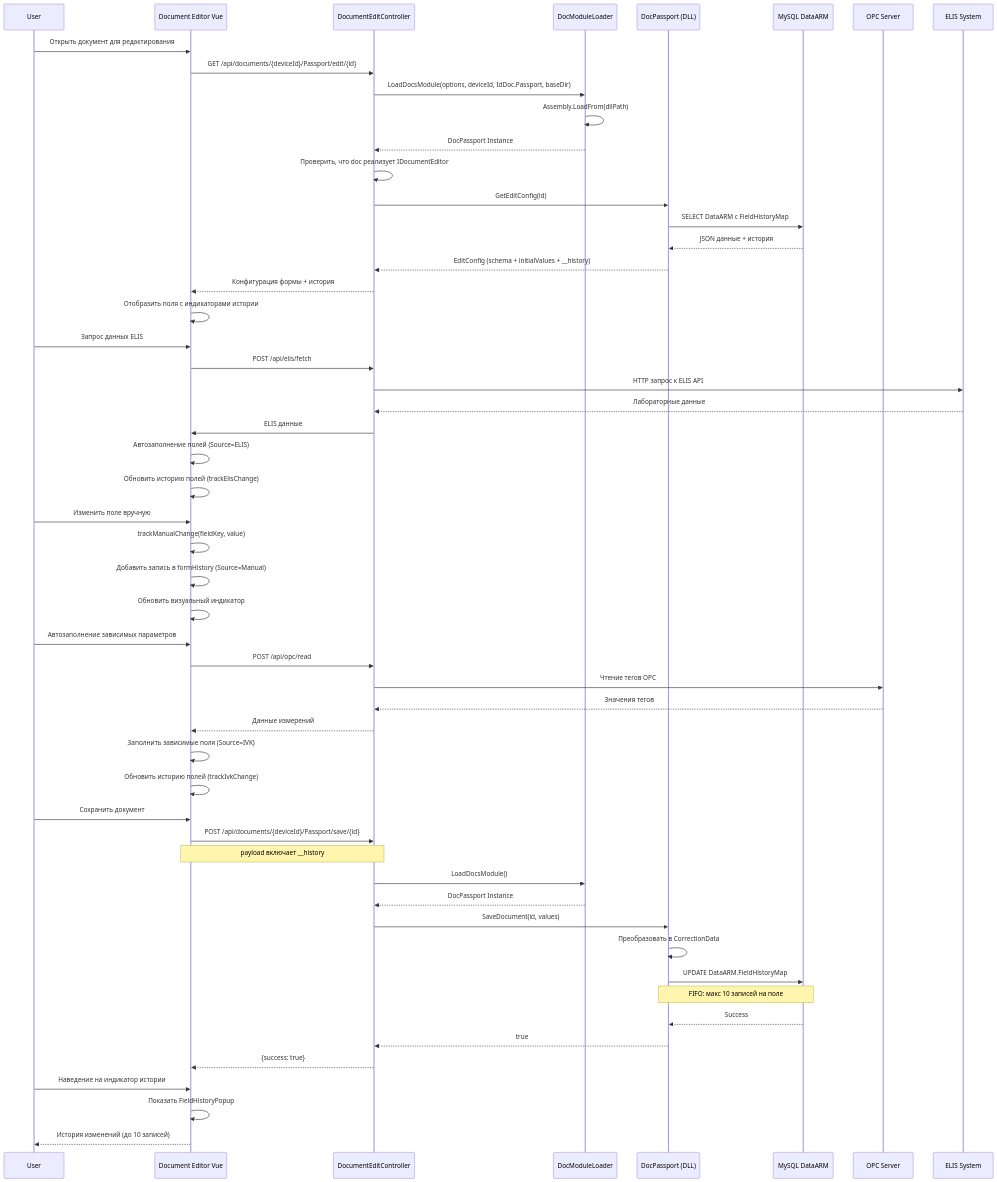
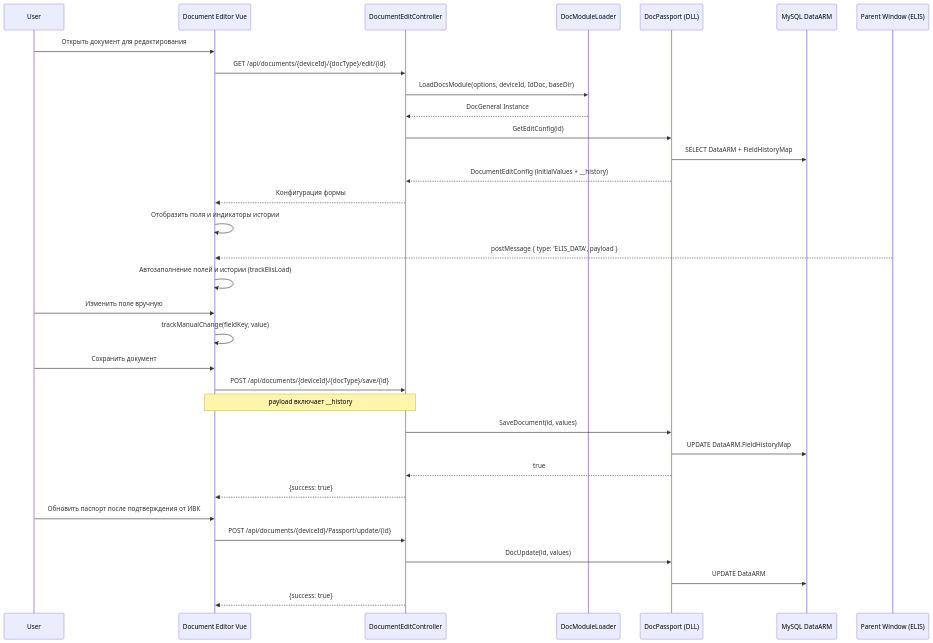
The ninth of 18 diagrams in docs/architecture/overview.md (tn-ivk/tn-doc), drawn with Mermaid before and after one commit. The commit also changed other lines of this file and 15 other files, not shown here.

````diff
--- a/docs/architecture/overview.md
+++ b/docs/architecture/overview.md
@@ -413,63 +412,41 @@
 ```mermaid
 sequenceDiagram
     participant User
     participant Editor as Document Editor Vue
     participant API as DocumentEditController
     participant DocModuleLoader
     participant DocModule as DocPassport (DLL)
     participant DB as MySQL DataARM
-    participant OPC as OPC Server
-    participant ELIS as ELIS System
+    participant Parent as Parent Window (ELIS)
 
     User->>Editor: Открыть документ для редактирования
-    Editor->>API: GET /api/documents/{deviceId}/Passport/edit/{id}
-    API->>DocModuleLoader: LoadDocsModule(options, deviceId, IdDoc.Passport, baseDir)
-    DocModuleLoader->>DocModuleLoader: Assembly.LoadFrom(dllPath)
-    DocModuleLoader-->>API: DocPassport Instance
-    API->>API: Проверить, что doc реализует IDocumentEditor
+    Editor->>API: GET /api/documents/{deviceId}/{docType}/edit/{id}
+    API->>DocModuleLoader: LoadDocsModule(options, deviceId, IdDoc, baseDir)
+    DocModuleLoader-->>API: DocGeneral Instance
     API->>DocModule: GetEditConfig(id)
-    DocModule->>DB: SELECT DataARM с FieldHistoryMap
-    DB-->>DocModule: JSON данные + история
-    DocModule-->>API: EditConfig (schema + initialValues + __history)
-    API-->>Editor: Конфигурация формы + история
+    DocModule->>DB: SELECT DataARM + FieldHistoryMap
+    DocModule-->>API: DocumentEditConfig (initialValues + __history)
+    API-->>Editor: Конфигурация формы
 
-    Editor->>Editor: Отобразить поля с индикаторами истории
+    Editor->>Editor: Отобразить поля и индикаторы истории
 
-    User->>Editor: Запрос данных ELIS
-    Editor->>API: POST /api/elis/fetch
-    API->>ELIS: HTTP запрос к ELIS API
-    ELIS-->>API: Лабораторные данные
-    API->>Editor: ELIS данные
-    Editor->>Editor: Автозаполнение полей (Source=ELIS)
-    Editor->>Editor: Обновить историю полей (trackElisChange)
+    Parent-->>Editor: postMessage { type: 'ELIS_DATA', payload }
+    Editor->>Editor: Автозаполнение полей и истории (trackElisLoad)
 
     User->>Editor: Изменить поле вручную
     Editor->>Editor: trackManualChange(fieldKey, value)
-    Editor->>Editor: Добавить запись в formHistory (Source=Manual)
-    Editor->>Editor: Обновить визуальный индикатор
-
-    User->>Editor: Автозаполнение зависимых параметров
-    Editor->>API: POST /api/opc/read
-    API->>OPC: Чтение тегов OPC
-    OPC-->>API: Значения тегов
-    API-->>Editor: Данные измерений
-    Editor->>Editor: Заполнить зависимые поля (Source=IVK)
-    Editor->>Editor: Обновить историю полей (trackIvkChange)
 
     User->>Editor: Сохранить документ
-    Editor->>API: POST /api/documents/{deviceId}/Passport/save/{id}
+    Editor->>API: POST /api/documents/{deviceId}/{docType}/save/{id}
     Note over Editor,API: payload включает __history
-    API->>DocModuleLoader: LoadDocsModule()
-    DocModuleLoader-->>API: DocPassport Instance
     API->>DocModule: SaveDocument(id, values)
-    DocModule->>DocModule: Преобразовать в CorrectionData
     DocModule->>DB: UPDATE DataARM.FieldHistoryMap
-    Note over DocModule,DB: FIFO: макс 10 записей на поле
-    DB-->>DocModule: Success
     DocModule-->>API: true
     API-->>Editor: {success: true}
 
-    User->>Editor: Наведение на индикатор истории
-    Editor->>Editor: Показать FieldHistoryPopup
-    Editor-->>User: История изменений (до 10 записей)
+    User->>Editor: Обновить паспорт после подтверждения от ИВК
+    Editor->>API: POST /api/documents/{deviceId}/Passport/update/{id}
+    API->>DocModule: DocUpdate(id, values)
+    DocModule->>DB: UPDATE DataARM
+    API-->>Editor: {success: true}
 ```
````
